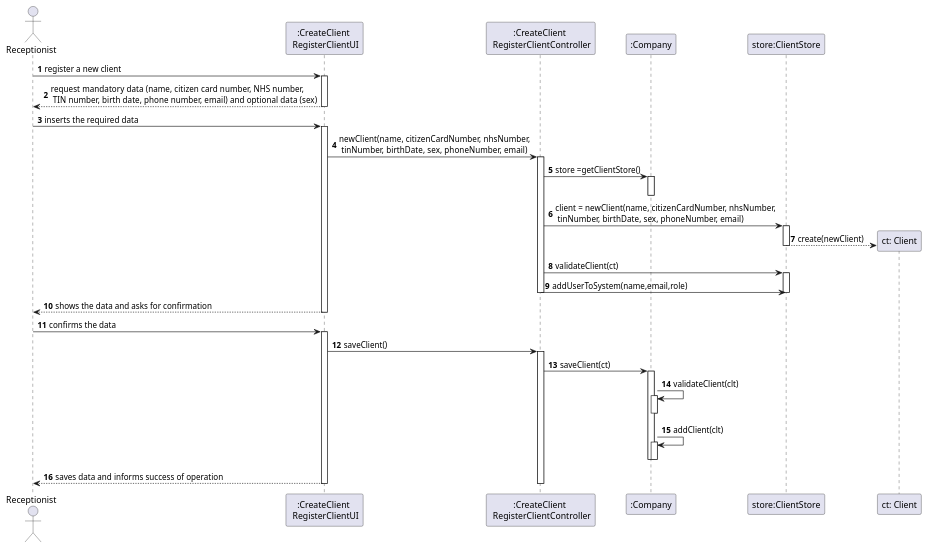
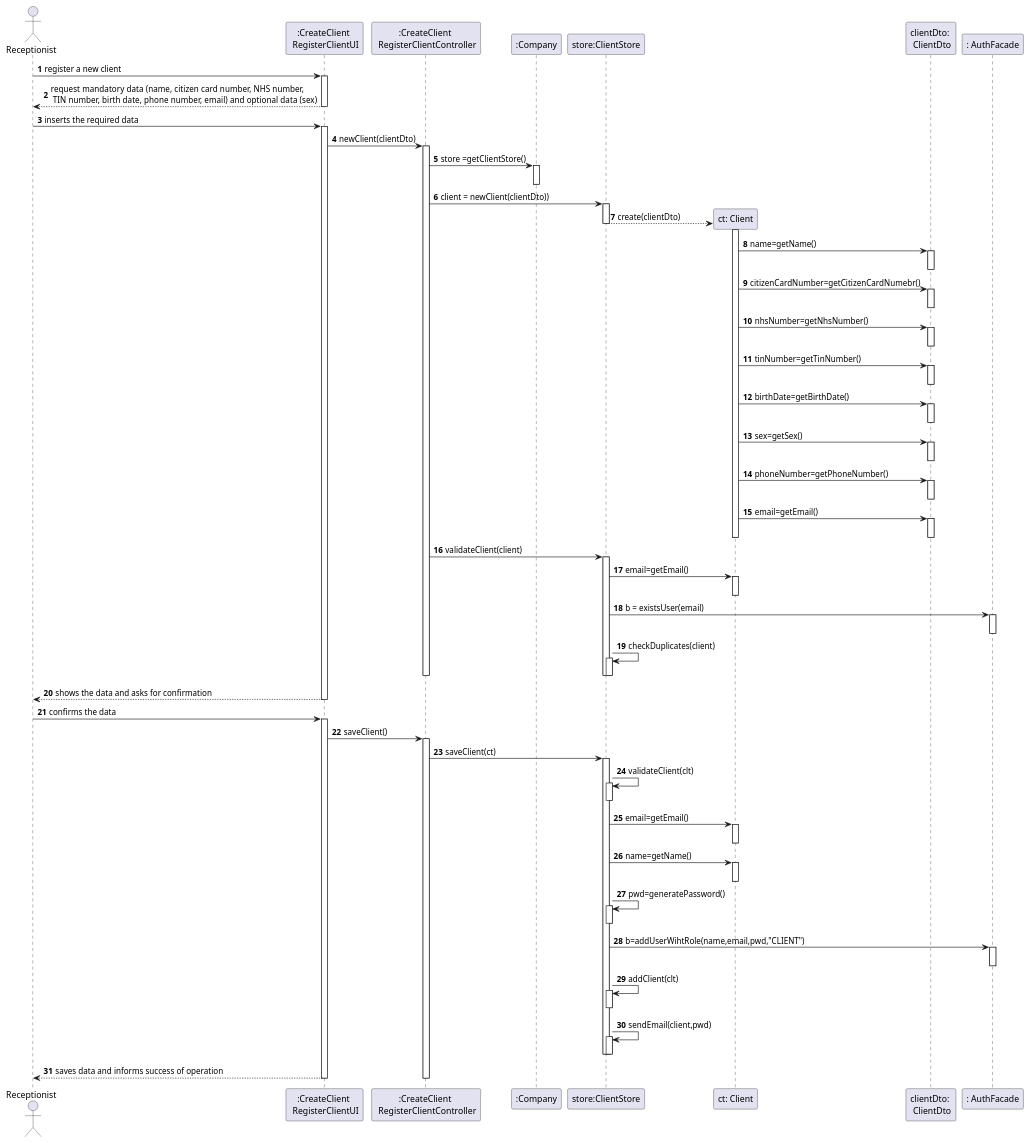
One commit to GuilhermeCunha79/lapr2 changed the diagram in docs/SprintC/US3/UC03_SD.puml. Above: the diagram before and after it, drawn with PlantUML. The commit also changed 9 other files, not shown here.

```diff
--- a/docs/SprintC/US3/UC03_SD.puml
+++ b/docs/SprintC/US3/UC03_SD.puml
@@ -1,69 +1,121 @@
 @startuml
 autonumber
 'hide footbox
 actor "Receptionist" as RECEP
 
 participant ":CreateClient \n RegisterClientUI" as UI
 participant ":CreateClient \n RegisterClientController" as CTRL
 participant ":Company" as C
 participant "store:ClientStore" as CS
 participant "ct: Client" as CL
+participant "clientDto: \n ClientDto" as CLDTO
+participant ": AuthFacade" as AF
 
 
 RECEP -> UI : register a new client
 activate UI
     UI --> RECEP : request mandatory data (name, citizen card number, NHS number,\n TIN number, birth date, phone number, email) and optional data (sex)
 deactivate UI
 
 RECEP -> UI : inserts the required data
 activate UI
-    UI -> CTRL : newClient(name, citizenCardNumber, nhsNumber,\n tinNumber, birthDate, sex, phoneNumber, email)
+    UI -> CTRL : newClient(clientDto)
 
 activate CTRL
 
         CTRL -> C: store =getClientStore()
         activate C
         deactivate C
 
-        CTRL -> CS: client = newClient(name, citizenCardNumber, nhsNumber,\n tinNumber, birthDate, sex, phoneNumber, email)
+        CTRL -> CS: client = newClient(clientDto))
 
         activate CS
-        CS --> CL** : create(newClient)
+        CS --> CL** : create(clientDto)
         deactivate CS
 
-        CTRL -> CS : validateClient(ct)
+        activate CL
+        CL -> CLDTO : name=getName()
+        activate CLDTO
+        deactivate CLDTO
+        CL -> CLDTO : citizenCardNumber=getCitizenCardNumebr()
+        activate CLDTO
+        deactivate CLDTO
+        CL -> CLDTO : nhsNumber=getNhsNumber()
+        activate CLDTO
+        deactivate CLDTO
+        CL -> CLDTO : tinNumber=getTinNumber()
+        activate CLDTO
+        deactivate CLDTO
+        CL -> CLDTO : birthDate=getBirthDate()
+        activate CLDTO
+        deactivate CLDTO
+        CL -> CLDTO : sex=getSex()
+        activate CLDTO
+        deactivate CLDTO
+        CL -> CLDTO : phoneNumber=getPhoneNumber()
+        activate CLDTO
+        deactivate CLDTO
+        CL -> CLDTO : email=getEmail()
+        activate CLDTO
+        deactivate CLDTO
 
+
+        deactivate CL
+
+        CTRL -> CS : validateClient(client)
         activate CS
+        CS -> CL : email=getEmail()
+        activate CL
+        deactivate CL
+        CS -> AF : b = existsUser(email)
+        activate AF
+        deactivate AF
+        CS -> CS : checkDuplicates(client)
+        activate CS
+        deactivate CS
+        deactivate CS
 
-        CTRL -> CS : addUserToSystem(name,email,role)
-
-        deactivate CS
 
     deactivate CTRL
     UI --> RECEP : shows the data and asks for confirmation
 deactivate UI
 RECEP -> UI : confirms the data
 activate UI
 
     UI -> CTRL : saveClient()
 
 activate CTRL
-    CTRL -> C : saveClient(ct)
+    CTRL -> CS : saveClient(ct)
 
-activate C
+activate CS
 
-    C -> C : validateClient(clt)
-    activate C
-    deactivate C
-    C -> C : addClient(clt)
-    activate C
-    deactivate C
-    deactivate C
+    CS -> CS : validateClient(clt)
+    activate CS
+    deactivate CS
+    CS -> CL : email=getEmail()
+    activate CL
+    deactivate CL
+    CS -> CL : name=getName()
+    activate CL
+    deactivate CL
+    CS -> CS : pwd=generatePassword()
+    activate CS
+    deactivate CS
+    CS -> AF : b=addUserWihtRole(name,email,pwd,"CLIENT")
+    activate AF
+    deactivate AF
+    CS -> CS : addClient(clt)
+    activate CS
+    deactivate CS
+    CS -> CS : sendEmail(client,pwd)
+    activate CS
+    deactivate CS
+    deactivate CS
 
 
 UI --> RECEP : saves data and informs success of operation
 deactivate C
 deactivate UI
 deactivate CTRL
 
 @enduml
```
